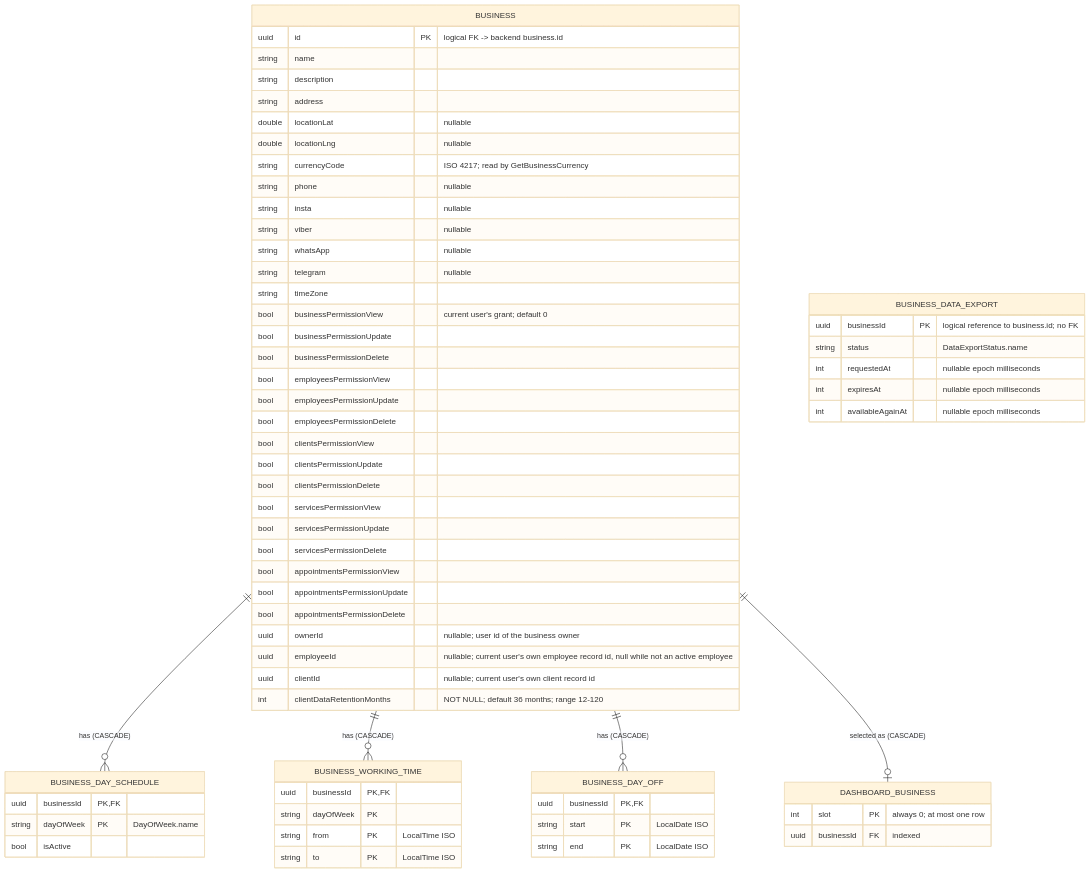
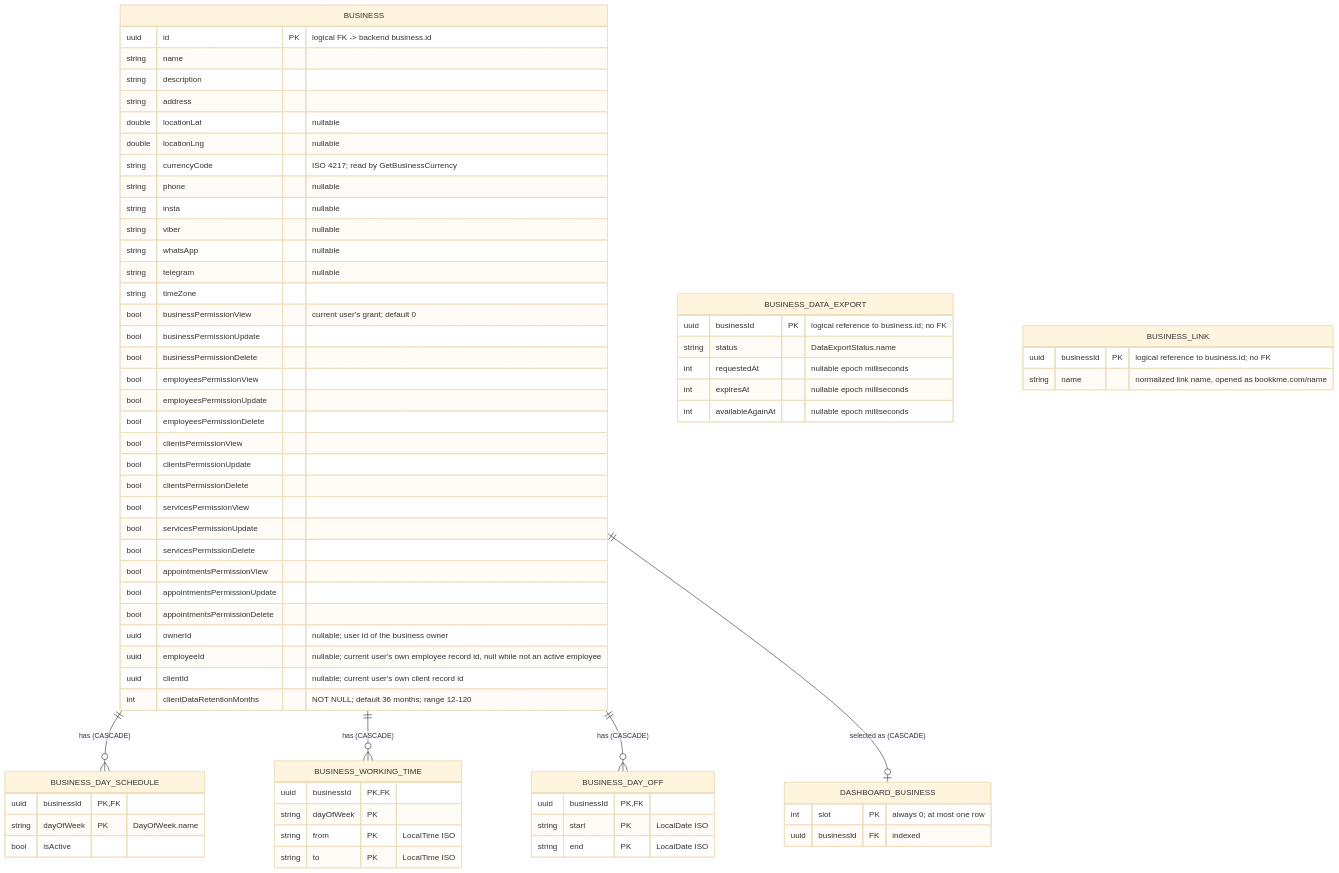
Before and after one commit to nocturneproperties/bookkme-client: the diagram in docs/database/business.md, drawn with Mermaid (base theme). The commit also changed other lines of this file and 76 other files, not shown here.

Commit message:
[ISSUE-181] business link creation

````diff
--- a/docs/database/business.md
+++ b/docs/database/business.md
@@ -18,74 +18,79 @@
 ```mermaid
 erDiagram
     BUSINESS ||--o{ BUSINESS_DAY_SCHEDULE : "has (CASCADE)"
     BUSINESS ||--o{ BUSINESS_WORKING_TIME : "has (CASCADE)"
     BUSINESS ||--o{ BUSINESS_DAY_OFF : "has (CASCADE)"
     BUSINESS ||--o| DASHBOARD_BUSINESS : "selected as (CASCADE)"
 
     BUSINESS {
         uuid id PK "logical FK -> backend business.id"
         string name
         string description
         string address
         double locationLat "nullable"
         double locationLng "nullable"
         string currencyCode "ISO 4217; read by GetBusinessCurrency"
         string phone "nullable"
         string insta "nullable"
         string viber "nullable"
         string whatsApp "nullable"
         string telegram "nullable"
         string timeZone
         bool businessPermissionView "current user's grant; default 0"
         bool businessPermissionUpdate
         bool businessPermissionDelete
         bool employeesPermissionView
         bool employeesPermissionUpdate
         bool employeesPermissionDelete
         bool clientsPermissionView
         bool clientsPermissionUpdate
         bool clientsPermissionDelete
         bool servicesPermissionView
         bool servicesPermissionUpdate
         bool servicesPermissionDelete
         bool appointmentsPermissionView
         bool appointmentsPermissionUpdate
         bool appointmentsPermissionDelete
         uuid ownerId "nullable; user id of the business owner"
         uuid employeeId "nullable; current user's own employee record id, null while not an active employee"
         uuid clientId "nullable; current user's own client record id"
         int clientDataRetentionMonths "NOT NULL; default 36 months; range 12-120"
     }
 
     BUSINESS_DAY_SCHEDULE {
         uuid businessId PK,FK
         string dayOfWeek PK "DayOfWeek.name"
         bool isActive
     }
 
     BUSINESS_WORKING_TIME {
         uuid businessId PK,FK
         string dayOfWeek PK
         string from PK "LocalTime ISO"
         string to PK "LocalTime ISO"
     }
 
     BUSINESS_DAY_OFF {
         uuid businessId PK,FK
         string start PK "LocalDate ISO"
         string end PK "LocalDate ISO"
     }
 
     DASHBOARD_BUSINESS {
         int slot PK "always 0; at most one row"
         uuid businessId FK "indexed"
     }
 
     BUSINESS_DATA_EXPORT {
         uuid businessId PK "logical reference to business.id; no FK"
         string status "DataExportStatus.name"
         int requestedAt "nullable epoch milliseconds"
         int expiresAt "nullable epoch milliseconds"
         int availableAgainAt "nullable epoch milliseconds"
     }
+
+    BUSINESS_LINK {
+        uuid businessId PK "logical reference to business.id; no FK"
+        string name "normalized link name, opened as bookkme.com/name"
+    }
 ```
````
